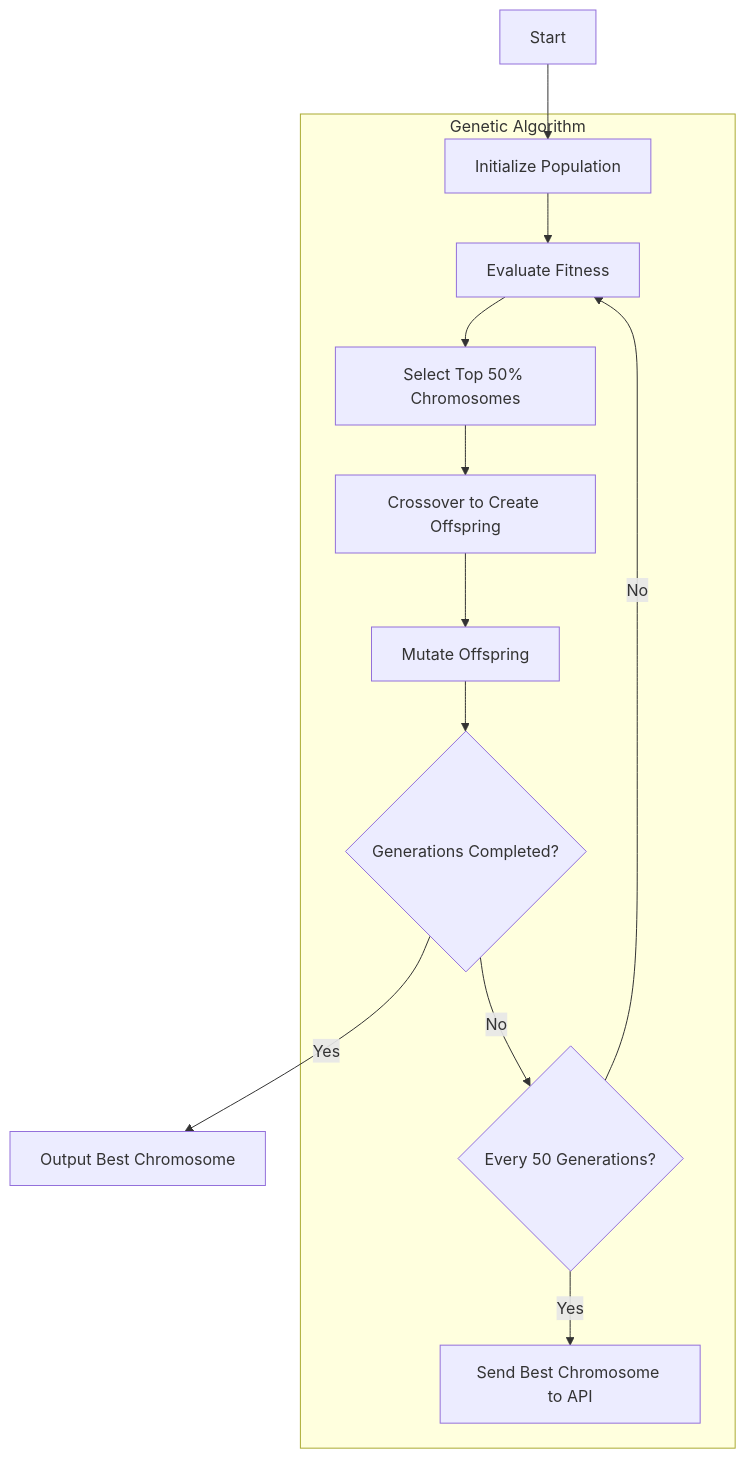
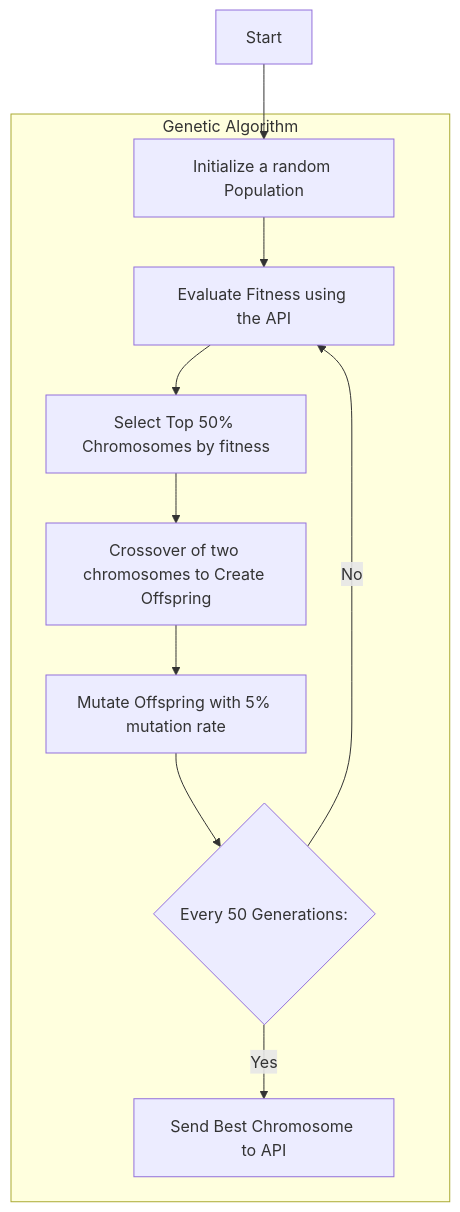
The diagram in README.md (Adilius/considition-2024), drawn with Mermaid before and after one commit.

````diff
--- a/README.md
+++ b/README.md
@@ -50,24 +50,21 @@
 ```mermaid
 graph TD
-    A[Start] --> B[Initialize Population]
-    B --> C[Evaluate Fitness]
-    C --> D[Select Top 50% Chromosomes]
-    D --> E[Crossover to Create Offspring]
-    E --> F[Mutate Offspring]
-    F --> G{Generations Completed?}
-    G -- Yes --> H[Output Best Chromosome]
-    G -- No --> I{Every 50 Generations?}
+    A[Start] --> B[Initialize a random Population]
+    B --> C[Evaluate Fitness using the API]
+    C --> D[Select Top 50% Chromosomes by fitness]
+    D --> E[Crossover of two chromosomes to Create Offspring]
+    E --> F[Mutate Offspring with 5% mutation rate]
+    F --> I{Every 50 Generations:}
     I -- Yes --> J[Send Best Chromosome to API]
     I -- No --> C
 
     subgraph Genetic Algorithm
         B
         C
         D
         E
         F
-        G
         I
         J
     end
 ```
````
